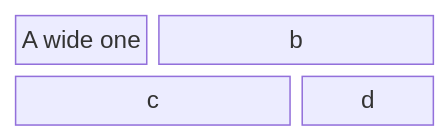
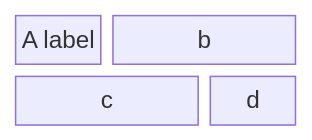
The fourth of 28 diagrams in docs/syntax/block.md (mermaid-js/mermaid), drawn with Mermaid before and after one commit. The commit also changed other lines of this file and 9 other files, not shown here.

````diff
--- a/docs/syntax/block.md
+++ b/docs/syntax/block.md
@@ -138,5 +138,5 @@
 ```mermaid
 block-beta
   columns 3
-  a["A wide one"] b:2 c:2 d
+  a["A label"] b:2 c:2 d
 ```
````
